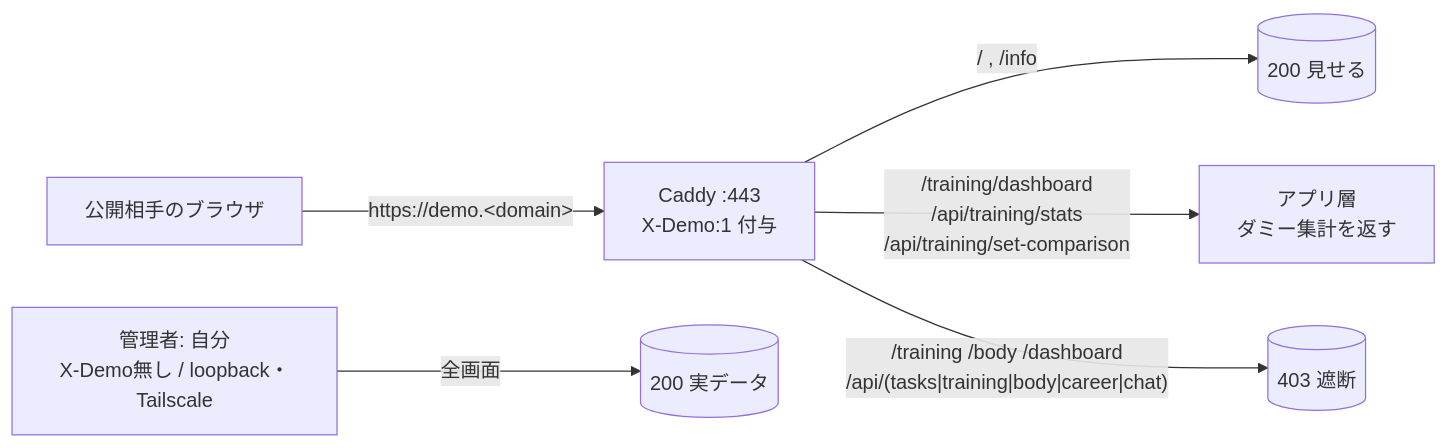
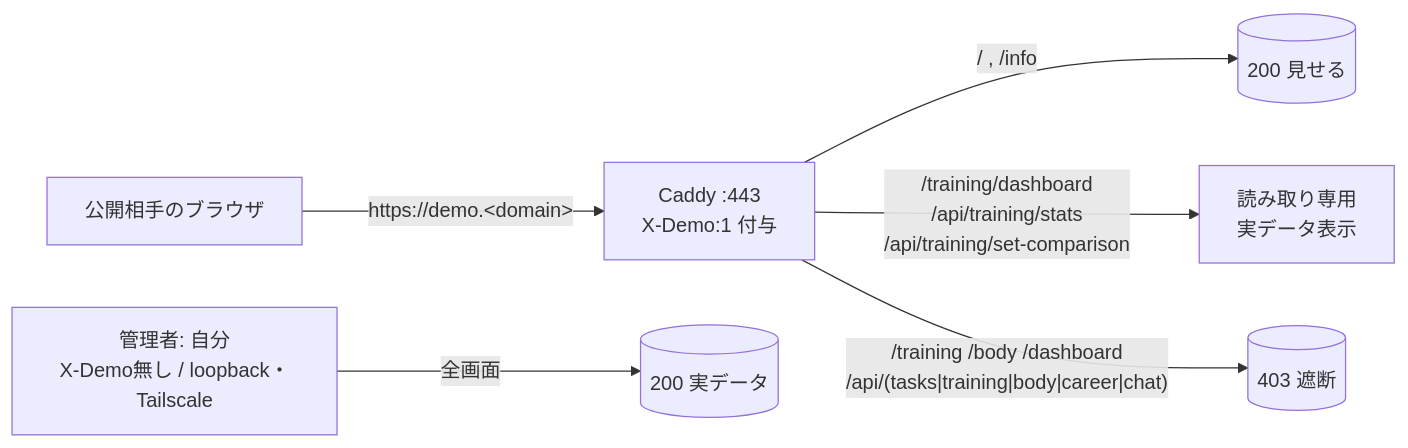
The diagram in docs/openclaw/041_DONE_SETUP_demo-hide-admin-and-dummy-training-dashboard.md (TakahitoSuzukiii/public-openclaw-01), drawn with Mermaid before and after one commit. The commit also changed other lines of this file, not shown here.

Commit message:
docs(openclaw): update 041 — demo training dashboard shows real data (drop dummy) (#89)

````diff
--- a/docs/openclaw/041_DONE_SETUP_demo-hide-admin-and-dummy-training-dashboard.md
+++ b/docs/openclaw/041_DONE_SETUP_demo-hide-admin-and-dummy-training-dashboard.md
@@ -21,8 +23,8 @@
 ```mermaid
 flowchart LR
   V[公開相手のブラウザ] -->|"https://demo.&lt;domain&gt;"| C[Caddy :443<br/>X-Demo:1 付与]
   C -->|"/ , /info"| OK[(200 見せる)]
-  C -->|"/training/dashboard<br/>/api/training/stats<br/>/api/training/set-comparison"| DUMMY[アプリ層<br/>ダミー集計を返す]
+  C -->|"/training/dashboard<br/>/api/training/stats<br/>/api/training/set-comparison"| RO[読み取り専用<br/>実データ表示]
   C -->|"/training /body /dashboard<br/>/api/(tasks|training|body|career|chat)"| BLK[(403 遮断)]
   ADMIN[管理者: 自分<br/>X-Demo無し / loopback・Tailscale] -->|全画面| REAL[(200 実データ)]
 ```
````
